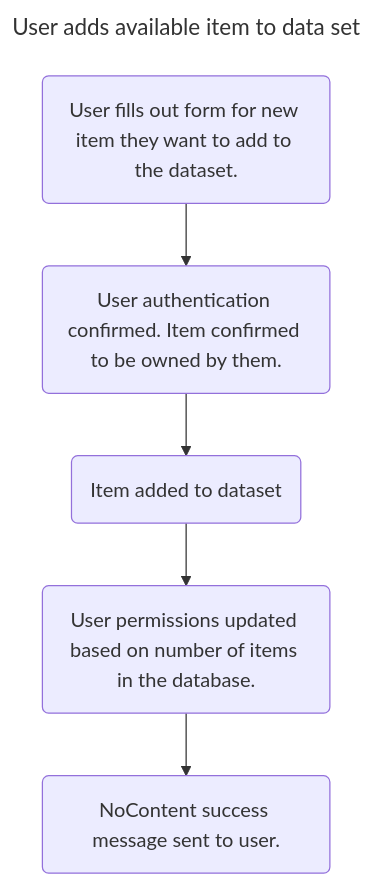
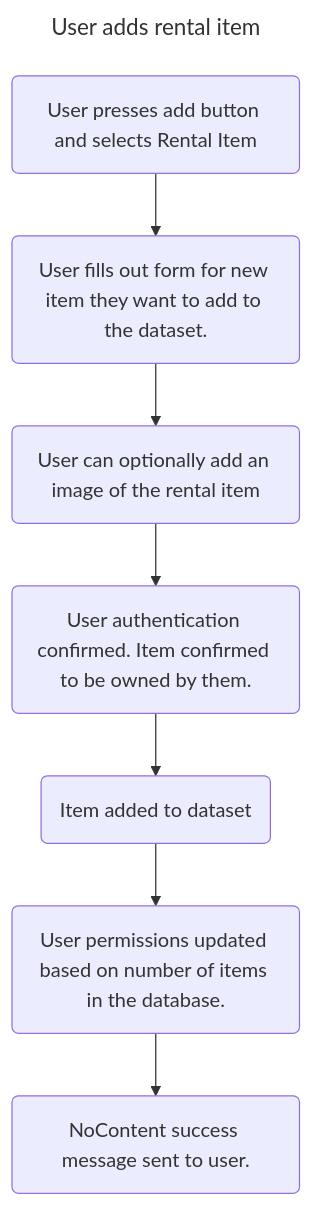
The eighth of 14 diagrams in library-keeper/README.md (jberks02/bolo-bolo), drawn with Mermaid before and after one commit. The commit also changed other lines of this file and 9 other files, not shown here.

````diff
--- a/library-keeper/README.md
+++ b/library-keeper/README.md
@@ -244,12 +245,14 @@
 ```mermaid
 ---
-title: User adds available item to data set
+title: User adds rental item
 ---
 flowchart TD
+    AddItem(User presses add button and selects Rental Item)
     NewItem(User fills out form for new item they want to add to the dataset.)
+    Optional(User can optionally add an image of the rental item)
     Authentication(User authentication confirmed. Item confirmed to be owned by them.)
     Added(Item added to dataset)
     Permissions(User permissions updated based on number of items in the database.)
     NoContent(NoContent success message sent to user.)
-    NewItem --> Authentication --> Added --> Permissions --> NoContent
+    AddItem --> NewItem --> Optional --> Authentication --> Added --> Permissions --> NoContent
 ```
````
